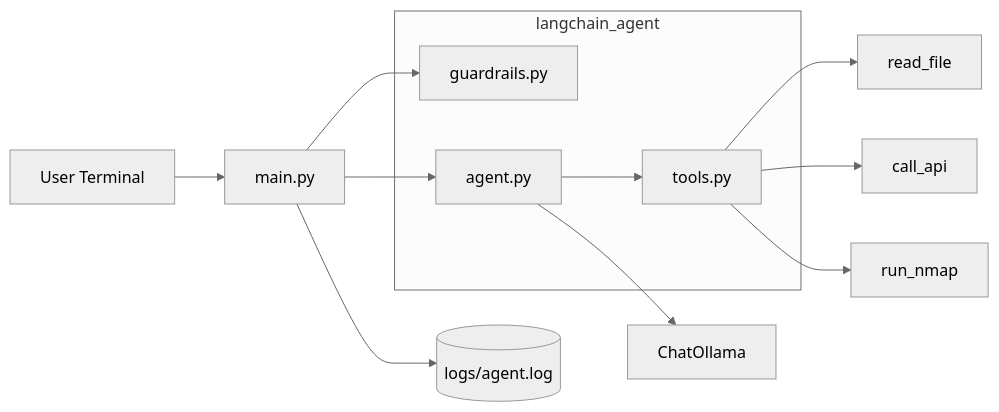
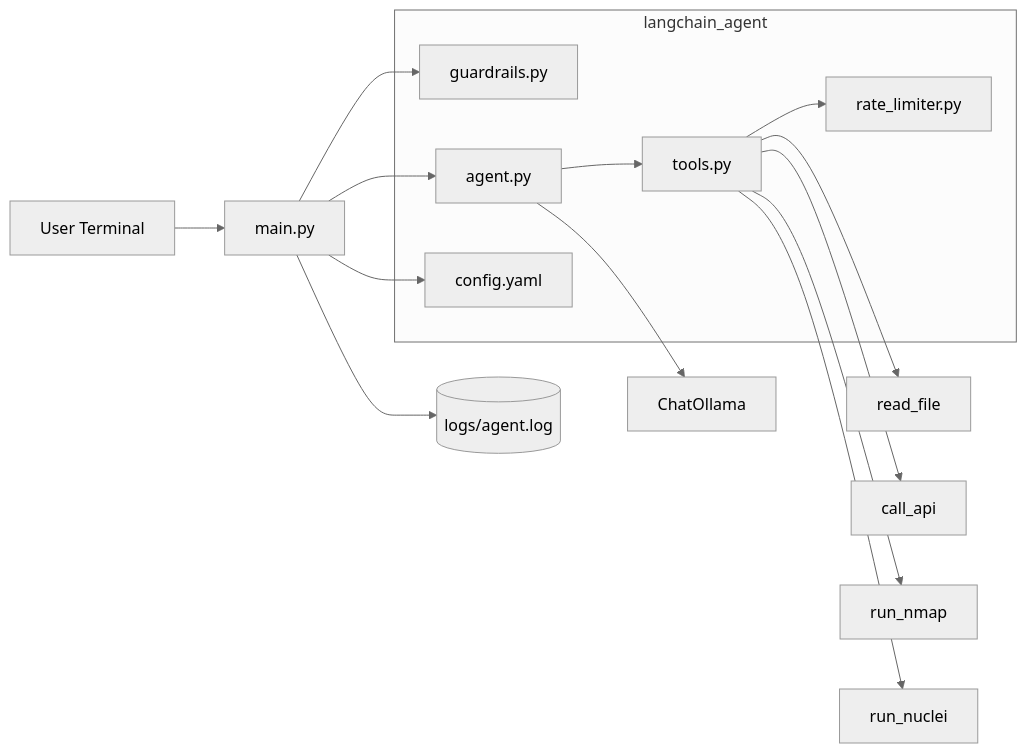
Before and after one commit to soorajrs409/e-agent: the first of 2 diagrams in docs/ARCHITECTURE.md, drawn with Mermaid (neutral theme). The commit also changed other lines of this file and 16 other files, not shown here.

First line of the commit message:
refactor: improve agent architecture - standardization, config, guardrails, tests

````diff
--- a/docs/ARCHITECTURE.md
+++ b/docs/ARCHITECTURE.md
@@ -7,18 +7,23 @@
 ```mermaid
 flowchart LR
     U[User Terminal] --> MAIN[main.py]
     MAIN --> GUARD[guardrails.py]
     MAIN --> AGENT[agent.py]
     AGENT --> LLM[ChatOllama]
     AGENT --> TOOLS[tools.py]
     TOOLS --> RF[read_file]
     TOOLS --> CA[call_api]
     TOOLS --> NM[run_nmap]
+    TOOLS --> NU[run_nuclei]
+    TOOLS --> RL[rate_limiter.py]
+    MAIN --> CONFIG[config.yaml]
     MAIN --> LOG[(logs/agent.log)]
     
     subgraph langchain_agent[langchain_agent]
         GUARD
         AGENT
         TOOLS
+        RL
+        CONFIG
     end
 ```
````
